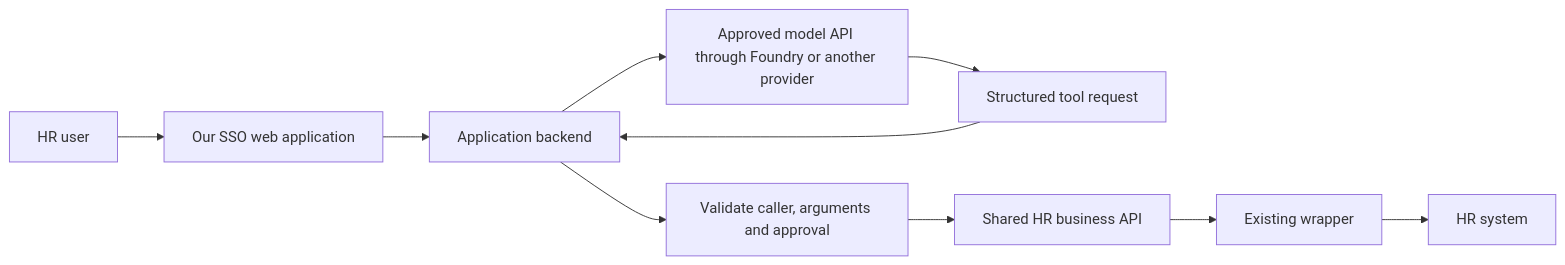
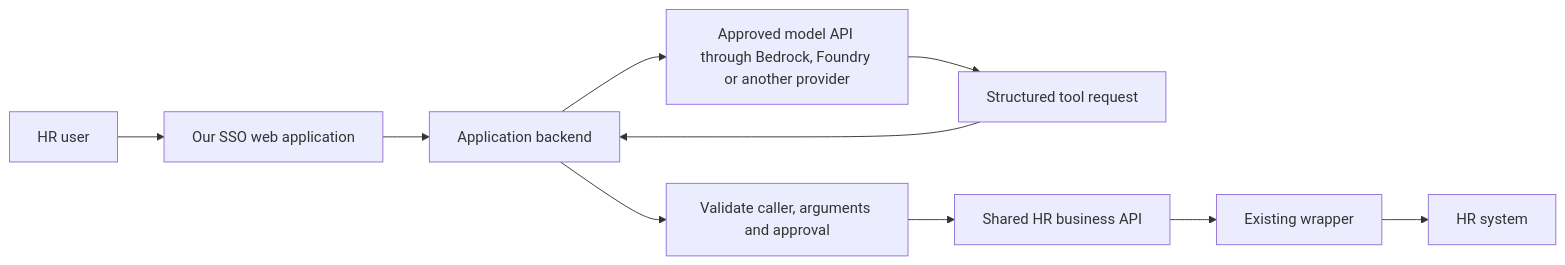
The eighth of 8 diagrams in hr-ai-enablement/implementation-design.md (agenttester12/ResearchExamples), drawn with Mermaid before and after one commit. The commit also changed other lines of this file and 2 other files, not shown here.

Commit message:
Define scalable MCP platform and cloud-neutral release architecture

````diff
--- a/hr-ai-enablement/implementation-design.md
+++ b/hr-ai-enablement/implementation-design.md
@@ -474,12 +560,12 @@
 ```mermaid
 flowchart LR
     User[HR user] --> Web[Our SSO web application]
     Web --> App[Application backend]
-    App --> Model[Approved model API through Foundry or another provider]
+    App --> Model[Approved model API through Bedrock, Foundry or another provider]
     Model --> Suggested[Structured tool request]
     Suggested --> App
     App --> Check[Validate caller, arguments and approval]
     Check --> API[Shared HR business API]
     API --> Wrapper[Existing wrapper]
     Wrapper --> HR[HR system]
 ```
````
